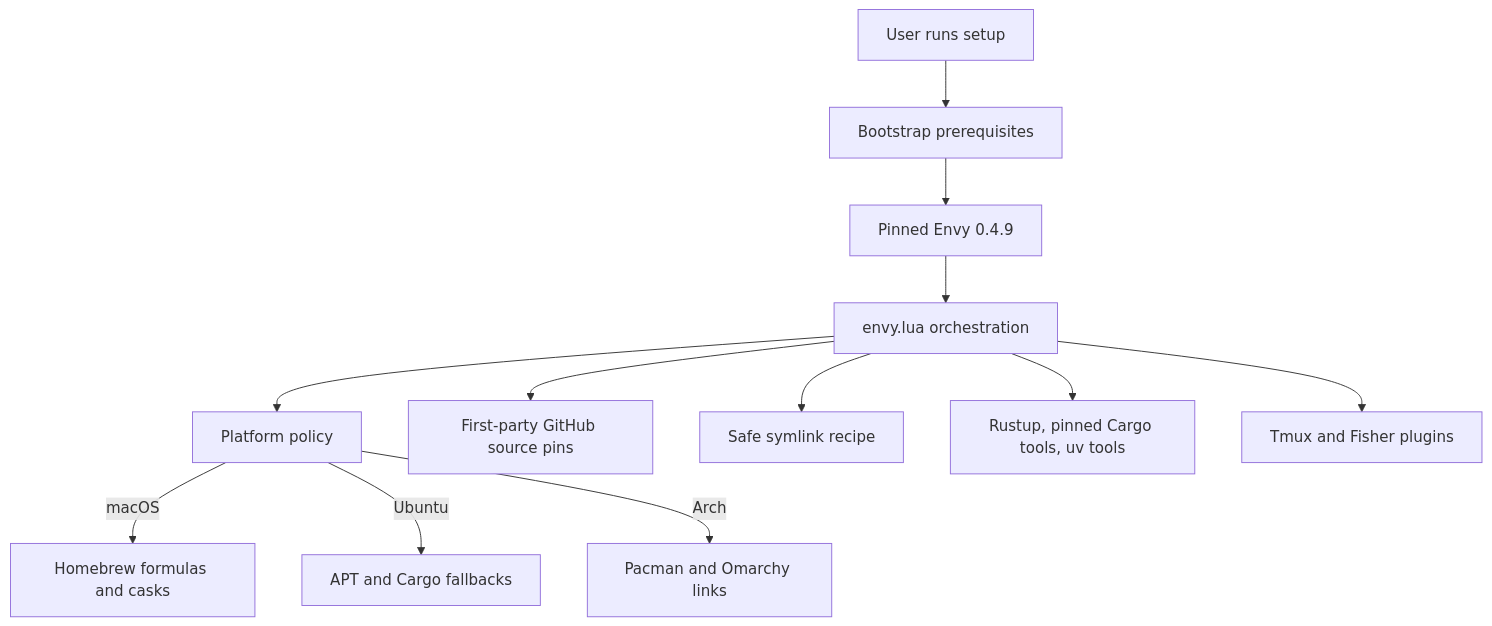
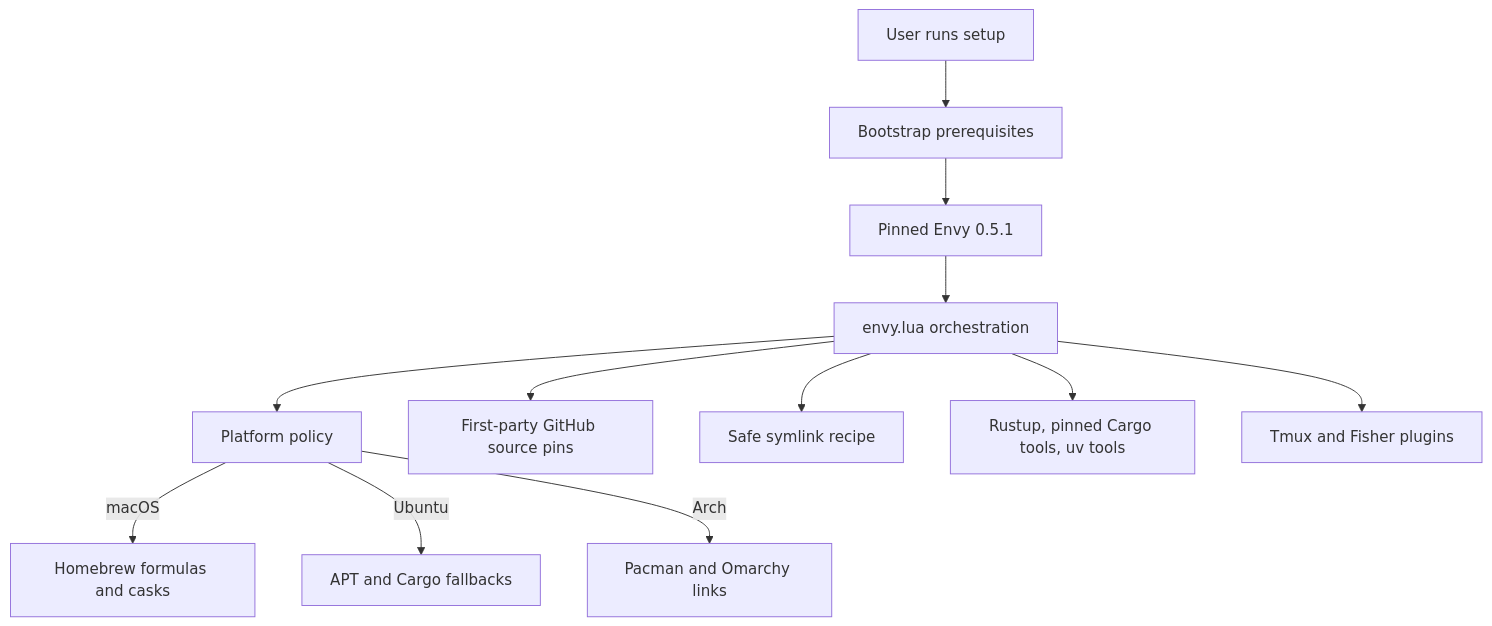
One commit to hantianjz/dotfiles changed the first of 2 diagrams in docs/envy-cross-platform.md. Above: the diagram before and after it, drawn with Mermaid. The commit also changed 7 other files, not shown here.

````diff
--- a/docs/envy-cross-platform.md
+++ b/docs/envy-cross-platform.md
@@ -36,14 +36,14 @@
 ```mermaid
 flowchart TB
     User[User runs setup] --> Bootstrap[Bootstrap prerequisites]
-    Bootstrap --> Envy[Pinned Envy 0.4.9]
+    Bootstrap --> Envy[Pinned Envy 0.5.1]
     Envy --> Manifest[envy.lua orchestration]
     Manifest --> Policy[Platform policy]
     Manifest --> GitHub[First-party GitHub source pins]
     Policy -->|macOS| Brew[Homebrew formulas and casks]
     Policy -->|Ubuntu| Apt[APT and Cargo fallbacks]
     Policy -->|Arch| Pacman[Pacman and Omarchy links]
     Manifest --> Links[Safe symlink recipe]
     Manifest --> Tools[Rustup, pinned Cargo tools, uv tools]
     Manifest --> Plugins[Tmux and Fisher plugins]
 ```
````
